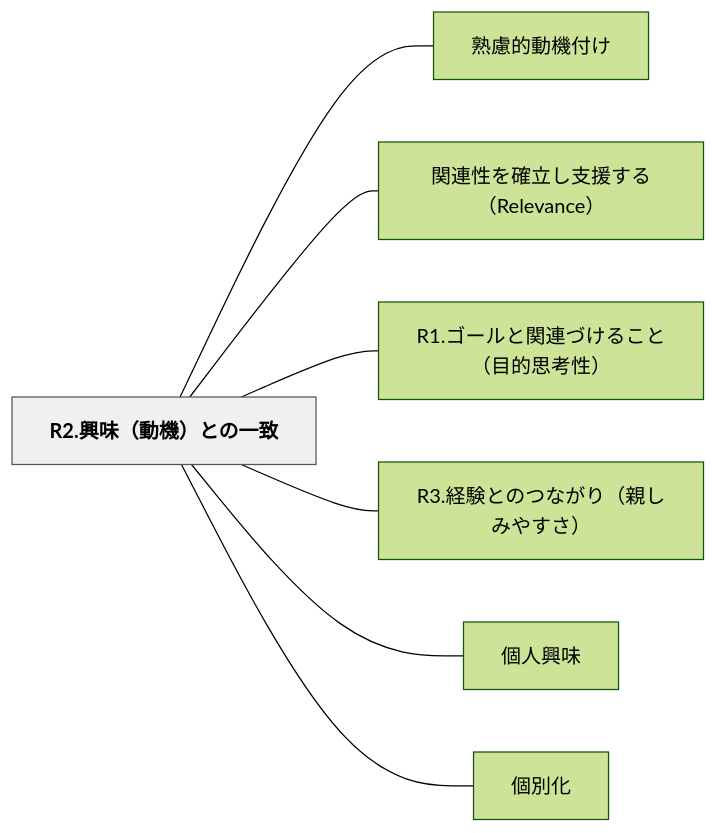
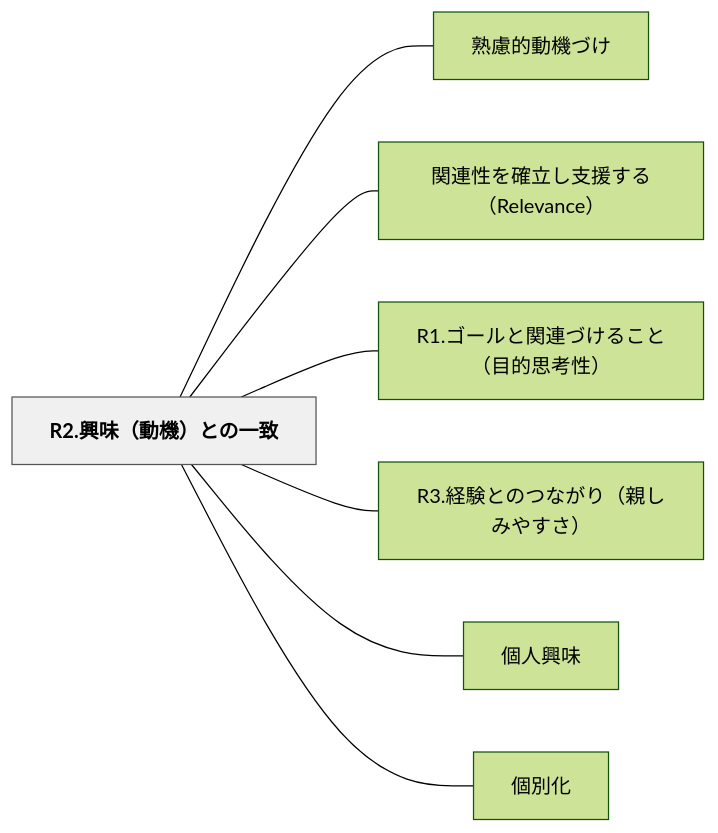
The diagram in content/パタン/R2.興味（動機）との一致.md (unknownthings-ed-patterns/unknownthings-ed-patterns), drawn with Mermaid (forest theme) before and after one commit. The commit also changed other lines of this file and 234 other files, not shown here.

````diff
--- a/content/パタン/R2.興味（動機）との一致.md
+++ b/content/パタン/R2.興味（動機）との一致.md
@@ -37,20 +37,20 @@
 ```mermaid
 flowchart LR
     n52322ee88888e591b3efbc88e58b95e6a99fefbc89e381a8e381aee4b880e887b4["R2.興味（動機）との一致"]
-    ne7869fe685aee79a84e58b95e6a99fe4bb98e38191["熟慮的動機付け"]
+    ne7869fe685aee79a84e58b95e6a99fe381a5e38191["熟慮的動機づけ"]
     ne996a2e980a3e680a7e38292e7a2bae7ab8be38197e694afe68fb4e38199e3828befbc8852656c6576616e6365efbc89["関連性を確立し支援する（Relevance）"]
     n52312ee382b4e383bce383abe381a8e996a2e980a3e381a5e38191e3828be38193e381a8efbc88e79baee79a84e6809de88083e680a7efbc89["R1.ゴールと関連づけること（目的思考性）"]
     n52332ee7b58ce9a893e381a8e381aee381a4e381aae3818ce3828aefbc88e8a6aae38197e381bfe38284e38199e38195efbc89["R3.経験とのつながり（親しみやすさ）"]
     ne5808be4babae88888e591b3["個人興味"]
     ne5808be588a5e58c96["個別化"]
 
-    n52322ee88888e591b3efbc88e58b95e6a99fefbc89e381a8e381aee4b880e887b4 --- ne7869fe685aee79a84e58b95e6a99fe4bb98e38191
+    n52322ee88888e591b3efbc88e58b95e6a99fefbc89e381a8e381aee4b880e887b4 --- ne7869fe685aee79a84e58b95e6a99fe381a5e38191
     n52322ee88888e591b3efbc88e58b95e6a99fefbc89e381a8e381aee4b880e887b4 --- ne996a2e980a3e680a7e38292e7a2bae7ab8be38197e694afe68fb4e38199e3828befbc8852656c6576616e6365efbc89
     n52322ee88888e591b3efbc88e58b95e6a99fefbc89e381a8e381aee4b880e887b4 --- n52312ee382b4e383bce383abe381a8e996a2e980a3e381a5e38191e3828be38193e381a8efbc88e79baee79a84e6809de88083e680a7efbc89
     n52322ee88888e591b3efbc88e58b95e6a99fefbc89e381a8e381aee4b880e887b4 --- n52332ee7b58ce9a893e381a8e381aee381a4e381aae3818ce3828aefbc88e8a6aae38197e381bfe38284e38199e38195efbc89
     n52322ee88888e591b3efbc88e58b95e6a99fefbc89e381a8e381aee4b880e887b4 --- ne5808be4babae88888e591b3
     n52322ee88888e591b3efbc88e58b95e6a99fefbc89e381a8e381aee4b880e887b4 --- ne5808be588a5e58c96
 
     classDef hub fill:#f0f0f0,stroke:#555,color:#000,font-weight:bold
     class n52322ee88888e591b3efbc88e58b95e6a99fefbc89e381a8e381aee4b880e887b4 hub
 ```
````
